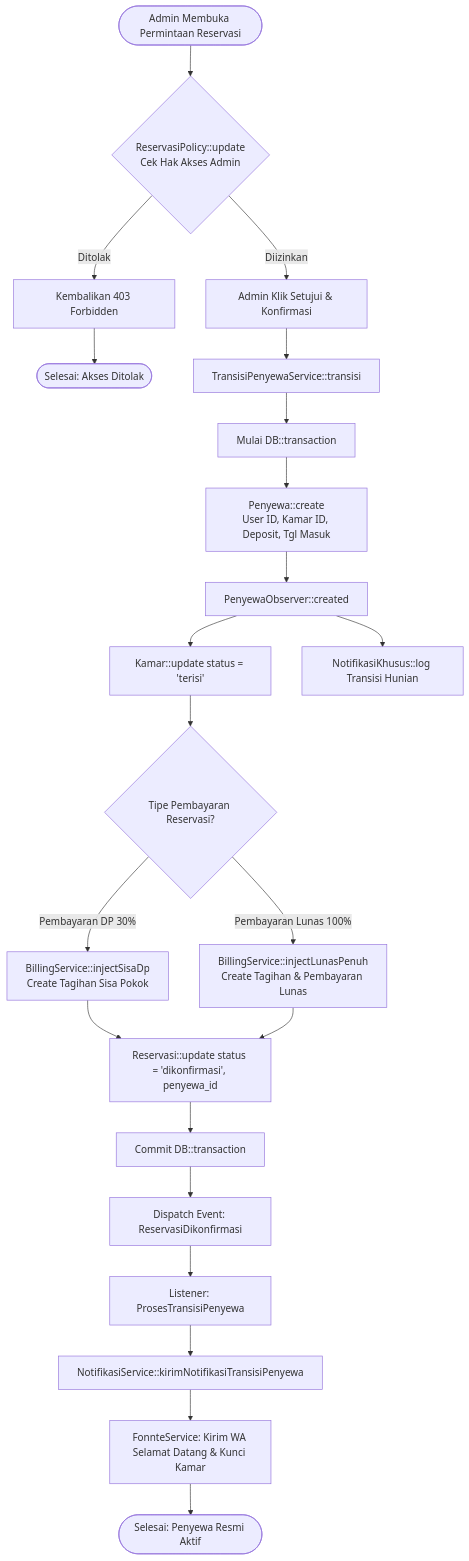
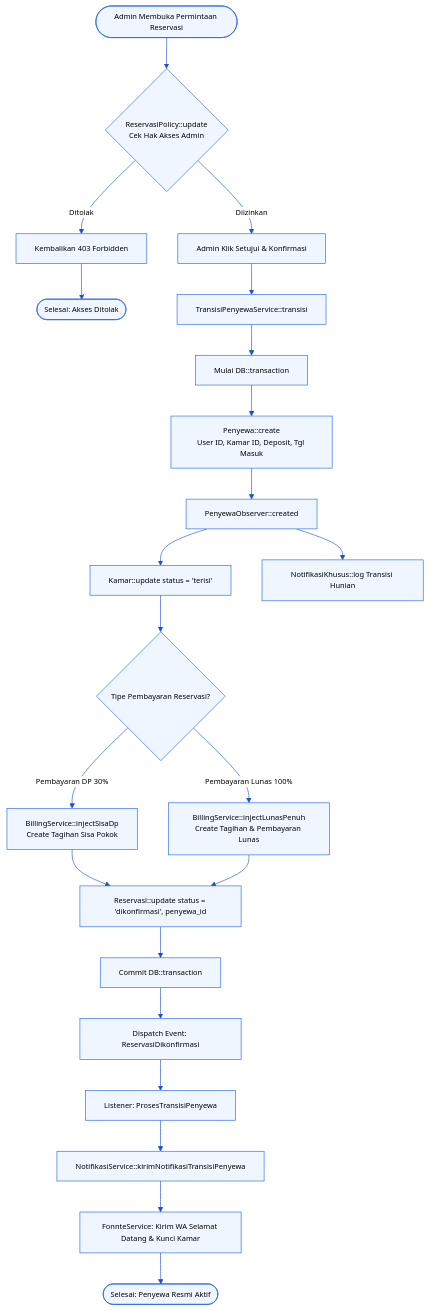
One commit to rafifarsyapradiva/asri-boarding-house changed the eighth of 13 diagrams in Blueprint/Class_Diagram_Kost.md. Above: the diagram before and after it, drawn with Mermaid. The commit also changed other lines of this file and 28 other files, not shown here.

Commit message:
docs(class-diagram): finalisasi arsitektur objek, integrasi 21 model, eliminasi ghost classes & kompilasi 19 citra visual (v240.0)

````diff
--- a/Blueprint/Class_Diagram_Kost.md
+++ b/Blueprint/Class_Diagram_Kost.md
@@ -933,32 +1359,46 @@
 ```mermaid
+%%{init: {
+  'theme': 'base',
+  'themeVariables': {
+    'primaryColor': '#EFF6FF',
+    'primaryTextColor': '#000000',
+    'primaryBorderColor': '#2563EB',
+    'lineColor': '#1D4ED8',
+    'secondaryColor': '#DBEAFE',
+    'tertiaryColor': '#FFFFFF',
+    'edgeLabelBackground': '#FFFFFF',
+    'fontSize': '12px',
+    'fontFamily': 'Inter, system-ui, sans-serif'
+  }
+}}%%
 flowchart TD
     Start([Admin Membuka Permintaan Reservasi]) --> CheckAuth{ReservasiPolicy::update<br>Cek Hak Akses Admin}
     CheckAuth -->|Ditolak| Unauthorized[Kembalikan 403 Forbidden]
     Unauthorized --> EndAbort([Selesai: Akses Ditolak])
     
     CheckAuth -->|Diizinkan| SubmitConfirm[Admin Klik Setujui & Konfirmasi]
     SubmitConfirm --> CallService[TransisiPenyewaService::transisi]
     
     CallService --> BeginTx[Mulai DB::transaction]
     BeginTx --> CreatePenyewa[Penyewa::create<br>User ID, Kamar ID, Deposit, Tgl Masuk]
     
     CreatePenyewa --> TriggerObserver[PenyewaObserver::created]
     TriggerObserver --> LockRoom[Kamar::update status = 'terisi']
     TriggerObserver --> AuditLog[NotifikasiKhusus::log Transisi Hunian]
     
     LockRoom --> CheckPaymentType{Tipe Pembayaran Reservasi?}
     CheckPaymentType -->|Pembayaran DP 30%| InjectSisa[BillingService::injectSisaDp<br>Create Tagihan Sisa Pokok]
     CheckPaymentType -->|Pembayaran Lunas 100%| InjectLunas[BillingService::injectLunasPenuh<br>Create Tagihan & Pembayaran Lunas]
     
     InjectSisa --> UpdateRes[Reservasi::update status = 'dikonfirmasi', penyewa_id]
     InjectLunas --> UpdateRes
     
     UpdateRes --> CommitTx[Commit DB::transaction]
     CommitTx --> DispatchConfirmEvent[Dispatch Event: ReservasiDikonfirmasi]
     
     DispatchConfirmEvent --> TriggerListener[Listener: ProsesTransisiPenyewa]
     TriggerListener --> CallNotif[NotifikasiService::kirimNotifikasiTransisiPenyewa]
     CallNotif --> SendWelcomeWA[FonnteService: Kirim WA Selamat Datang & Kunci Kamar]
     
     SendWelcomeWA --> EndOK([Selesai: Penyewa Resmi Aktif])
 ```
````
